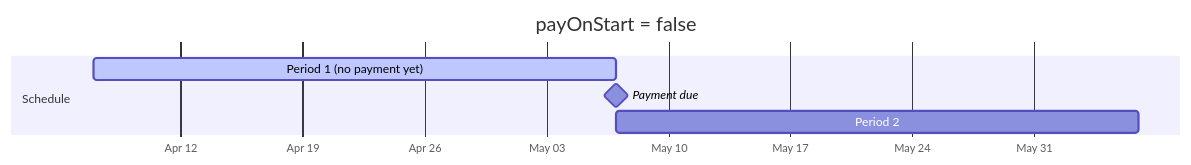
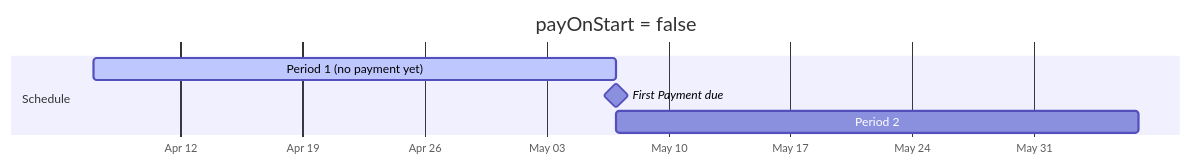
The fourth of 4 diagrams in docs/Payment Concepts/orders.md (Prahsys/prahsys-documentation-v2), drawn with Mermaid before and after one commit. The commit also changed other lines of this file, not shown here.

````diff
--- a/docs/Payment Concepts/orders.md
+++ b/docs/Payment Concepts/orders.md
@@ -335,11 +335,11 @@
 ```mermaid
 gantt
     title payOnStart = false
     dateFormat YYYY-MM-DD
     axisFormat %b %d
 
     section Schedule
     Period 1 (no payment yet)  :active, p1, 2026-04-07, 30d
-    Payment due                :milestone, m1, 2026-05-07, 0d
+    First Payment due                :milestone, m1, 2026-05-07, 0d
     Period 2                   :p2, 2026-05-07, 30d
 ```
````
